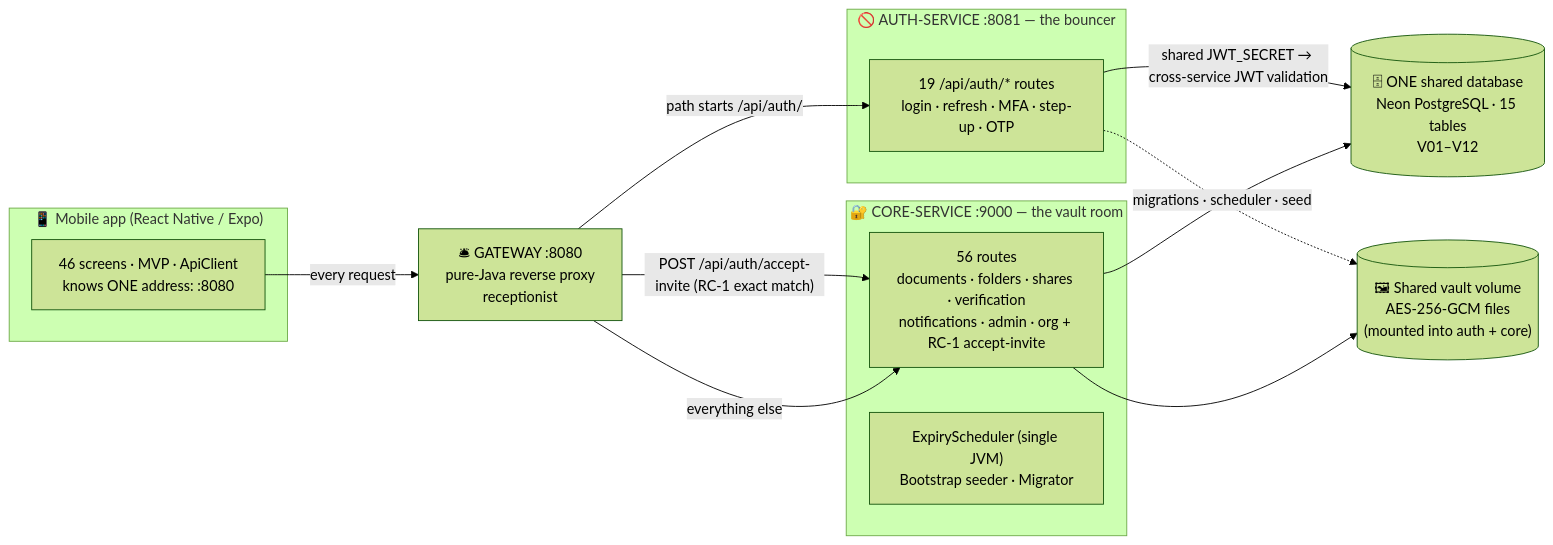
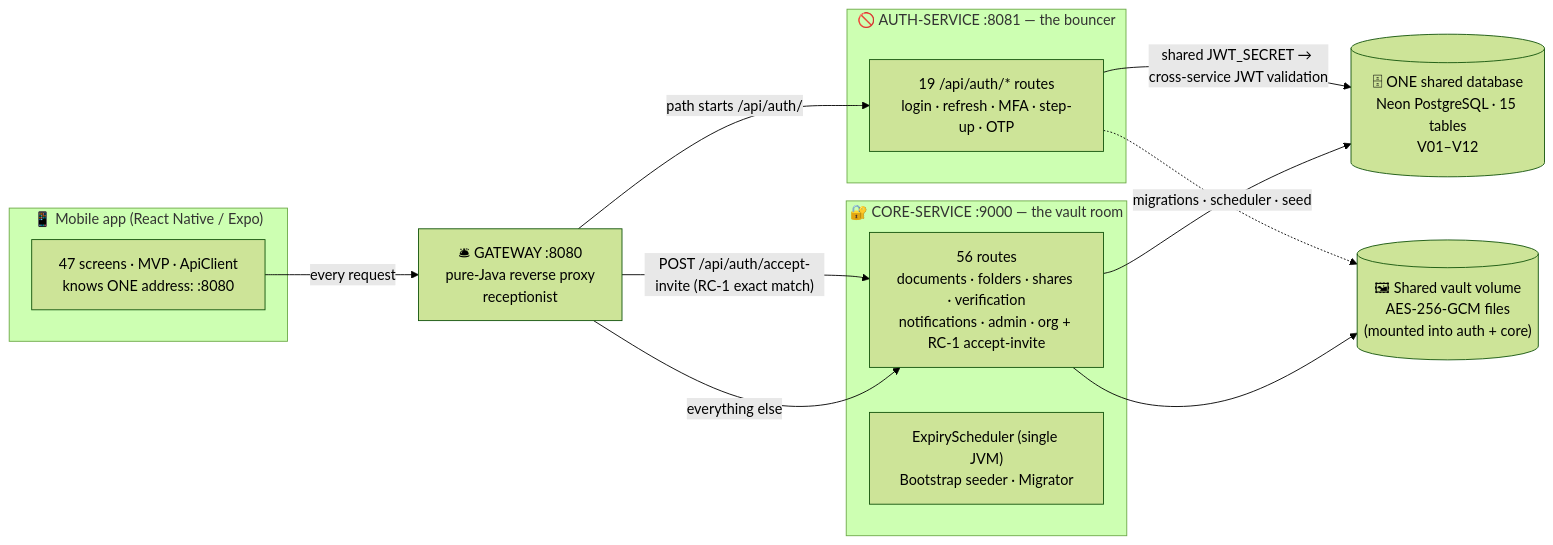
Before and after one commit to Solouser-9/DocuTrust: the diagram in DocuTrust/docs/ARCHITECTURE.md, drawn with Mermaid (forest theme). The commit also changed other lines of this file and 20 other files, not shown here.

Commit message:
feat: add AcceptInvite activation flow (47 screens); sync counts across /api/meta, docs, binaries and diagrams

````diff
--- a/DocuTrust/docs/ARCHITECTURE.md
+++ b/DocuTrust/docs/ARCHITECTURE.md
@@ -3,29 +3,29 @@
 ```mermaid
 flowchart LR
     subgraph CLIENT["📱 Mobile app (React Native / Expo)"]
-        M["46 screens · MVP · ApiClient<br/>knows ONE address: :8080"]
+        M["47 screens · MVP · ApiClient<br/>knows ONE address: :8080"]
     end
 
     G["🛎 GATEWAY :8080<br/>pure-Java reverse proxy<br/>receptionist"]
 
     subgraph AUTH["🚫 AUTH-SERVICE :8081 — the bouncer"]
         A["19 /api/auth/* routes<br/>login · refresh · MFA · step-up · OTP"]
     end
 
     subgraph CORE["🔐 CORE-SERVICE :9000 — the vault room"]
         C["56 routes<br/>documents · folders · shares · verification<br/>notifications · admin · org + RC-1 accept-invite"]
         S["ExpiryScheduler (single JVM)<br/>Bootstrap seeder · Migrator"]
     end
 
     DB[("🗄 ONE shared database<br/>Neon PostgreSQL · 15 tables<br/>V01–V12")]
     V[("🖼 Shared vault volume<br/>AES-256-GCM files<br/>(mounted into auth + core)")]
 
     M -- "every request" --> G
     G -- "POST /api/auth/accept-invite (RC-1 exact match)" --> C
     G -- "path starts /api/auth/" --> A
     G -- "everything else" --> C
     A -- "shared JWT_SECRET → cross-service JWT validation" --> DB
     C -- "migrations · scheduler · seed" --> DB
     A -.-> V
     C --> V
 ```
````
